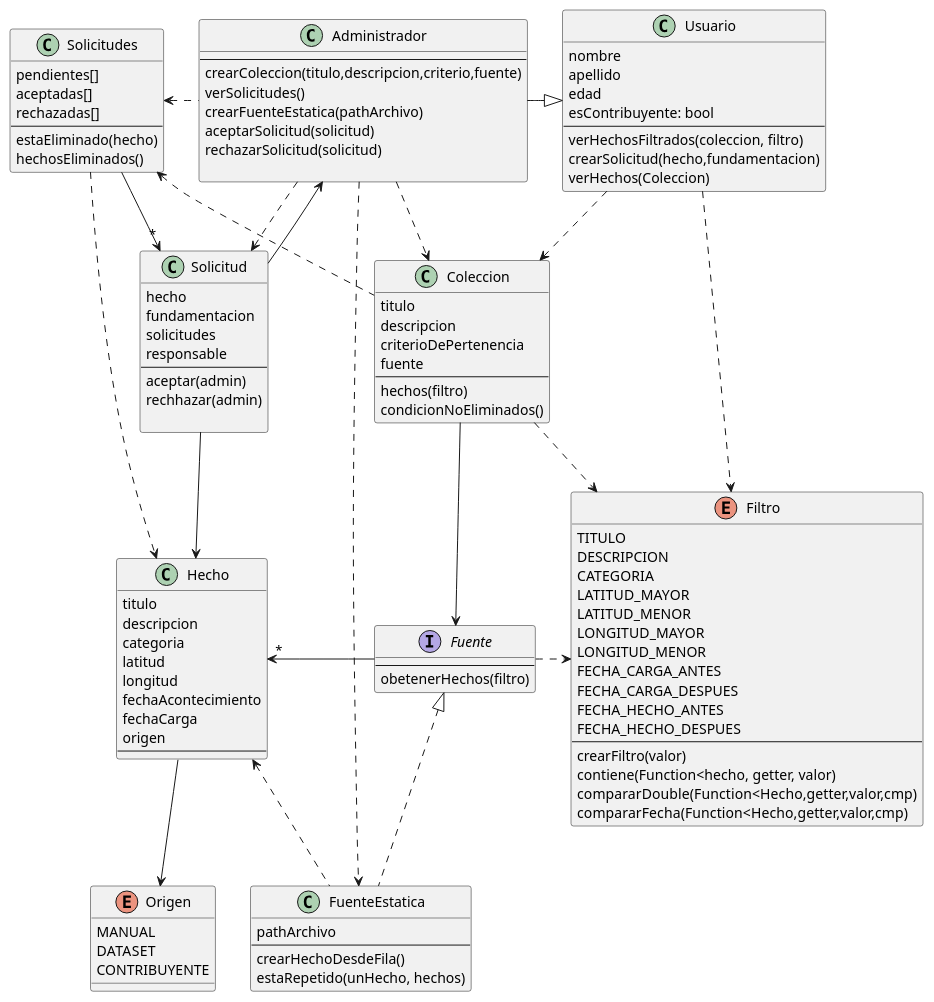
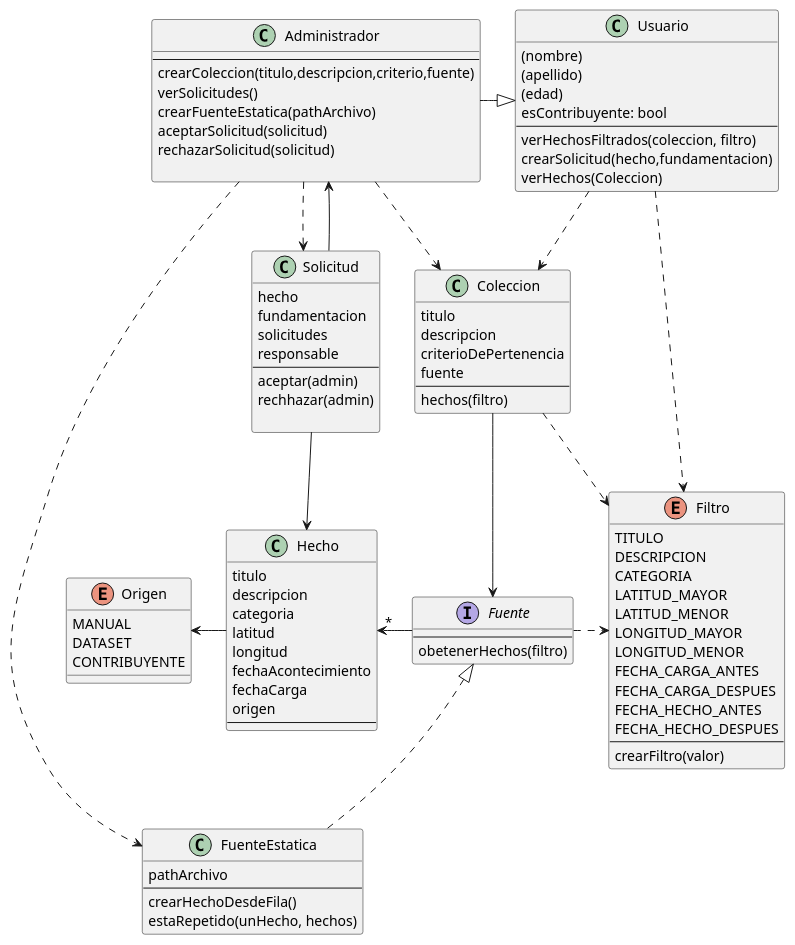
Before and after one commit to lrizzitano/Metamapa: the diagram in diagramas/diagrama-clases.puml, drawn with PlantUML. The commit also changed 2 other files, not shown here.

Commit message:
Correcciones diagramas

```diff
--- a/diagramas/diagrama-clases.puml
+++ b/diagramas/diagrama-clases.puml
@@ -1,146 +1,122 @@
 @startuml MetaMapa
 
 class Usuario {
-    nombre
-    apellido
-    edad
+    (nombre)
+    (apellido)
+    (edad)
     esContribuyente: bool
     --
     verHechosFiltrados(coleccion, filtro)
     crearSolicitud(hecho,fundamentacion)
     verHechos(Coleccion)
 }
 
 class Administrador {
 --
     crearColeccion(titulo,descripcion,criterio,fuente)
     verSolicitudes()
     crearFuenteEstatica(pathArchivo)
     aceptarSolicitud(solicitud)
     rechazarSolicitud(solicitud)
 
 }
 
-class Solicitud {
-    hecho
-    fundamentacion
-    solicitudes
-    responsable
-    --
-    aceptar(admin)
-    rechhazar(admin)
+together {
+    class Solicitud {
+        hecho
+        fundamentacion
+        solicitudes
+        responsable
+        --
+        aceptar(admin)
+        rechhazar(admin)
 
+    }
+
+    class Coleccion {
+        titulo
+        descripcion
+        criterioDePertenencia
+        fuente
+        --
+        hechos(filtro)
+    }
+
+    interface Fuente {
+        --
+        obetenerHechos(filtro)
+    }
+
+    class Hecho {
+        titulo
+        descripcion
+        categoria
+        latitud
+        longitud
+        fechaAcontecimiento
+        fechaCarga
+        origen
+        --
+    }
+
+    enum Origen {
+        MANUAL
+        DATASET
+        CONTRIBUYENTE
+    }
 }
 
-class Solicitudes{
-    pendientes[]
-    aceptadas[]
-    rechazadas[]
-    --
-    estaEliminado(hecho)
-    hechosEliminados()
-}
 
-class Coleccion {
-    titulo
-    descripcion
-    criterioDePertenencia
-    fuente
-    --
-    hechos(filtro)
-    condicionNoEliminados()
-}
-
-interface Fuente {
-    --
-    obetenerHechos(filtro)
-}
 
 class FuenteEstatica {
     pathArchivo
     --
     crearHechoDesdeFila()
     estaRepetido(unHecho, hechos)
 }
 
-class Hecho {
-    titulo
-    descripcion
-    categoria
-    latitud
-    longitud
-    fechaAcontecimiento
-    fechaCarga
-    origen
-    --
-}
 
-enum Origen {
-    MANUAL
-    DATASET
-    CONTRIBUYENTE
-}
 
 enum Filtro {
   TITULO
   DESCRIPCION
   CATEGORIA
   LATITUD_MAYOR
   LATITUD_MENOR
   LONGITUD_MAYOR
   LONGITUD_MENOR
   FECHA_CARGA_ANTES
   FECHA_CARGA_DESPUES
   FECHA_HECHO_ANTES
   FECHA_HECHO_DESPUES
   --
   crearFiltro(valor)
-  contiene(Function<hecho, getter, valor)
-  compararDouble(Function<Hecho,getter,valor,cmp)
-  compararFecha(Function<Hecho,getter,valor,cmp)
 }
 
 Administrador -r-|> Usuario
 
 Administrador ..> Coleccion
-Administrador .l.> Solicitudes
 Administrador ..> FuenteEstatica
 Administrador ..>Solicitud
 
 Usuario ..> Coleccion
 Usuario ..>Filtro
 
 
 Coleccion --> Fuente
-Coleccion .l.> Solicitudes
 Coleccion .r.> Filtro
 
 Fuente -l-> "*" Hecho
 Fuente .r.>Filtro
 
 FuenteEstatica .u.|> Fuente
-FuenteEstatica .u.> Hecho
 
 
-Hecho --> Origen
+Hecho -l-> Origen
 
 Solicitud --> Hecho
 Solicitud -u-> Administrador
 
-Solicitudes -->"*" Solicitud
-Solicitudes ..> Hecho
-
-
-
-' TODO Preguntas:
-
-'   Implementacion de las etiquetas
-
-'   Una coleccion puede tener mas de una fuente?
-
-'   Las fuentes van a buscar los datos cada vez que se les hace una consulta
-'   o guardan los datos de manera local?
-
-'   Tiene sentido inlucluir clases en el diagrama que no se van a aplicar en esta entrega?
+Solicitud -[hidden] Coleccion
 
 @enduml
```
